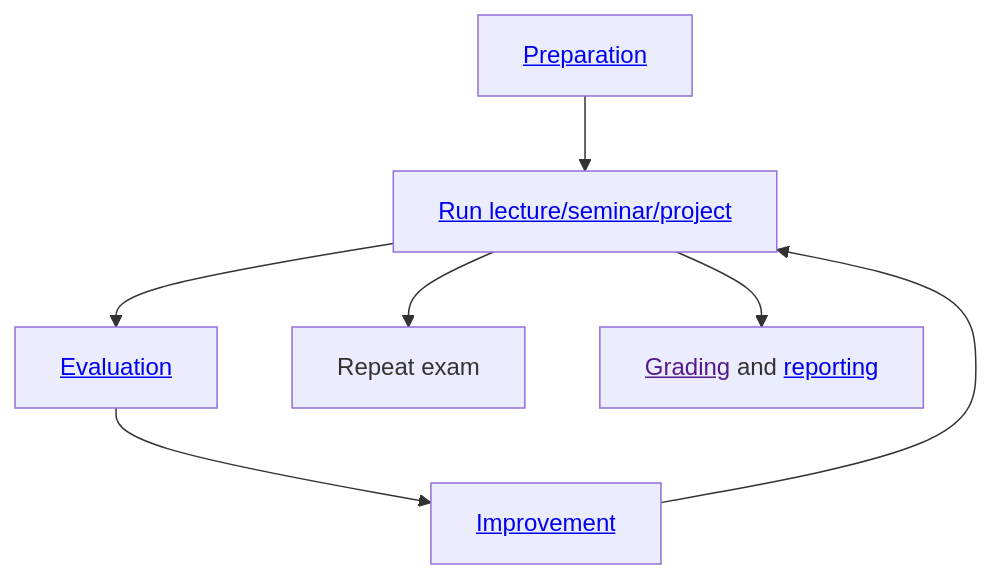
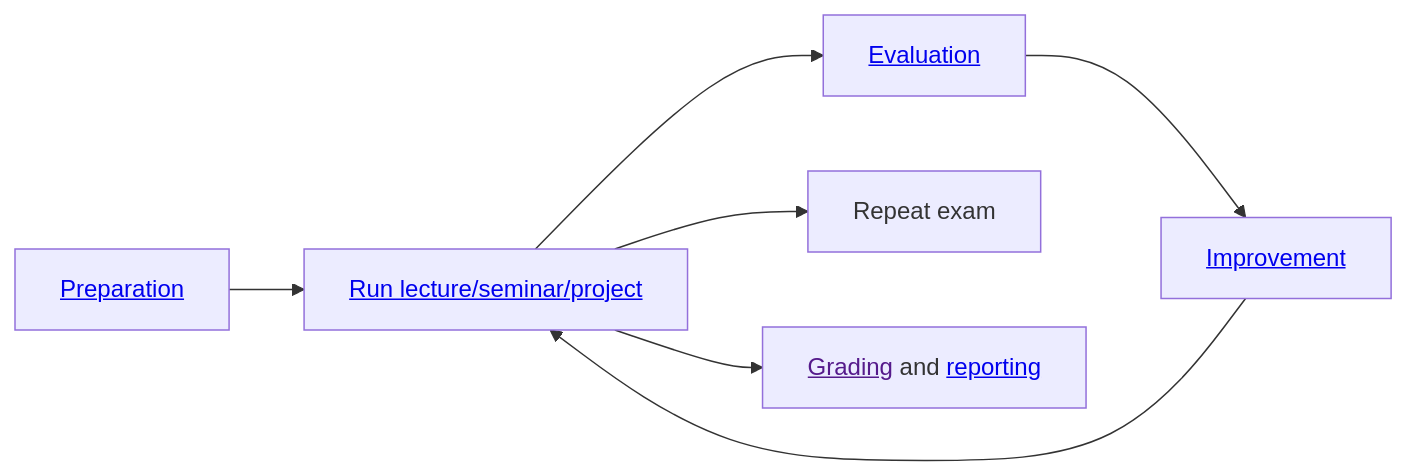
The diagram in docs/30-teaching/30_processes/30.02.courses.md (digital-work-lab/handbook), drawn with Mermaid before and after one commit.

Commit message:
update teaching

````diff
--- a/docs/30-teaching/30_processes/30.02.courses.md
+++ b/docs/30-teaching/30_processes/30.02.courses.md
@@ -13,11 +13,11 @@
 ```mermaid
-flowchart TB
+flowchart LR
 
     Prepare["<a href='30.09.new_modules.html'>Preparation</a>"] --> Run["<a href='30.19.virtual_campus.html'>Run lecture/seminar/project</a>"]
     Run --> Evaluate["<a href='30.21.evaluations.html'>Evaluation</a>"]
     Evaluate --> Improve["<a href='30.22.improvements.html'>Improvement</a>"]
     Improve --> Run
     Run --> Repeat[Repeat exam]
     Run --> Grade["<a href=''>Grading</a> and <a href='30.20.reports.html'>reporting</a>"]
 
 ```
````
